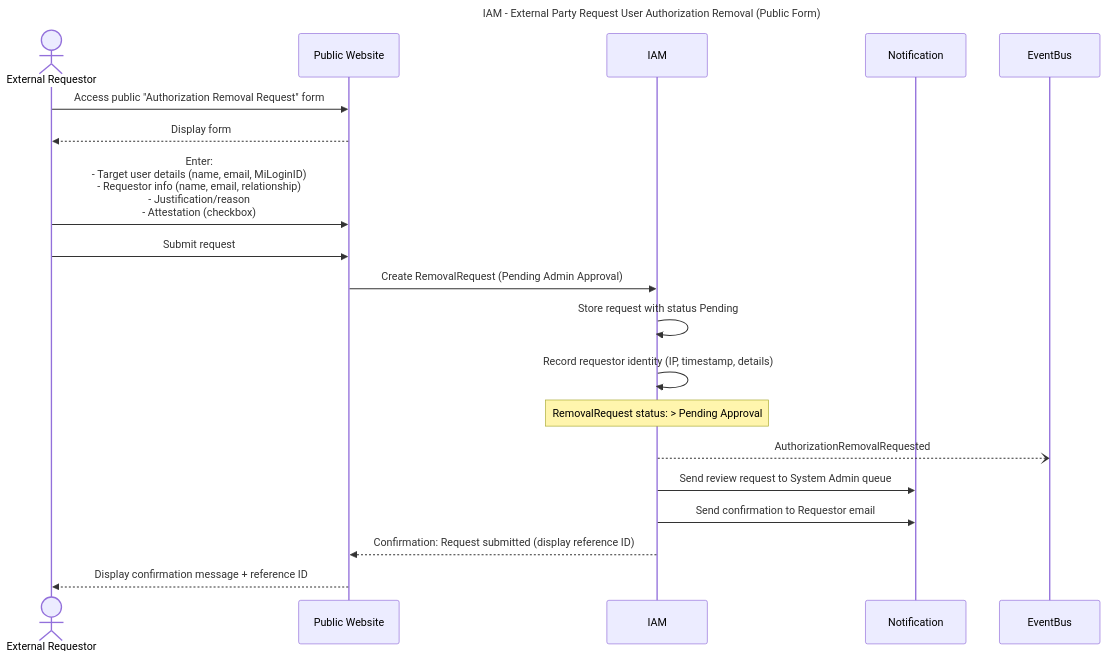
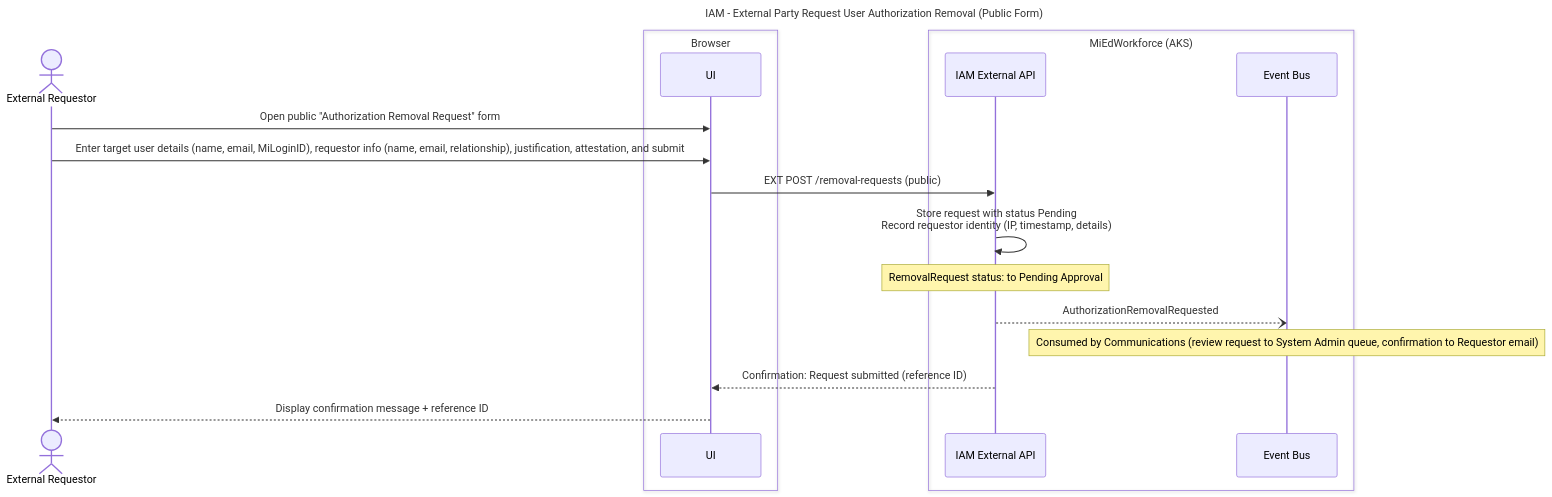
One commit to mnichols-dl/mied-design changed diagram 11 of 23 in working-docs/solution-areas/iam/iam-sequences.md. Above: the diagram before and after it, drawn with Mermaid. The commit also changed other lines of this file and 34 other files, not shown here.

Commit message:
Update sequences and perform RTM assessment

````diff
--- a/working-docs/solution-areas/iam/iam-sequences.md
+++ b/working-docs/solution-areas/iam/iam-sequences.md
@@ -594,30 +629,28 @@
 ```mermaid
 ---
 title: IAM - External Party Request User Authorization Removal (Public Form)
 ---
 sequenceDiagram
     actor Requestor as External Requestor
-    participant PublicForm as Public Website
-    participant IAM
-    participant Notification
-    participant EventBus
-    
-    Requestor->>PublicForm: Access public "Authorization Removal Request" form
-    PublicForm-->>Requestor: Display form
-    
-    Requestor->>PublicForm: Enter:<br/>- Target user details (name, email, MiLoginID)<br/>- Requestor info (name, email, relationship)<br/>- Justification/reason<br/>- Attestation (checkbox)
-    Requestor->>PublicForm: Submit request
-    
-    PublicForm->>IAM: Create RemovalRequest (Pending Admin Approval)
-    IAM->>IAM: Store request with status Pending
-    IAM->>IAM: Record requestor identity (IP, timestamp, details)
-    
-    Note over IAM: RemovalRequest status: > Pending Approval
-    
-    IAM--)EventBus: AuthorizationRemovalRequested
-    IAM->>Notification: Send review request to System Admin queue
-    IAM->>Notification: Send confirmation to Requestor email
-    
-    IAM-->>PublicForm: Confirmation: Request submitted (display reference ID)
-    PublicForm-->>Requestor: Display confirmation message + reference ID
+    box Browser
+    participant UI
+    end
+    box MiEdWorkforce (AKS)
+    participant IamExtApi as IAM External API
+    participant EventBus as Event Bus
+    end
+
+    Requestor->>UI: Open public "Authorization Removal Request" form
+    Requestor->>UI: Enter target user details (name, email, MiLoginID), requestor info (name, email, relationship), justification, attestation, and submit
+
+    UI->>IamExtApi: EXT POST /removal-requests (public)
+    IamExtApi->>IamExtApi: Store request with status Pending<br/>Record requestor identity (IP, timestamp, details)
+
+    Note over IamExtApi: RemovalRequest status: to Pending Approval
+
+    IamExtApi--)EventBus: AuthorizationRemovalRequested
+    Note over EventBus: Consumed by Communications (review request to System Admin queue, confirmation to Requestor email)
+
+    IamExtApi-->>UI: Confirmation: Request submitted (reference ID)
+    UI-->>Requestor: Display confirmation message + reference ID
 ```
````
